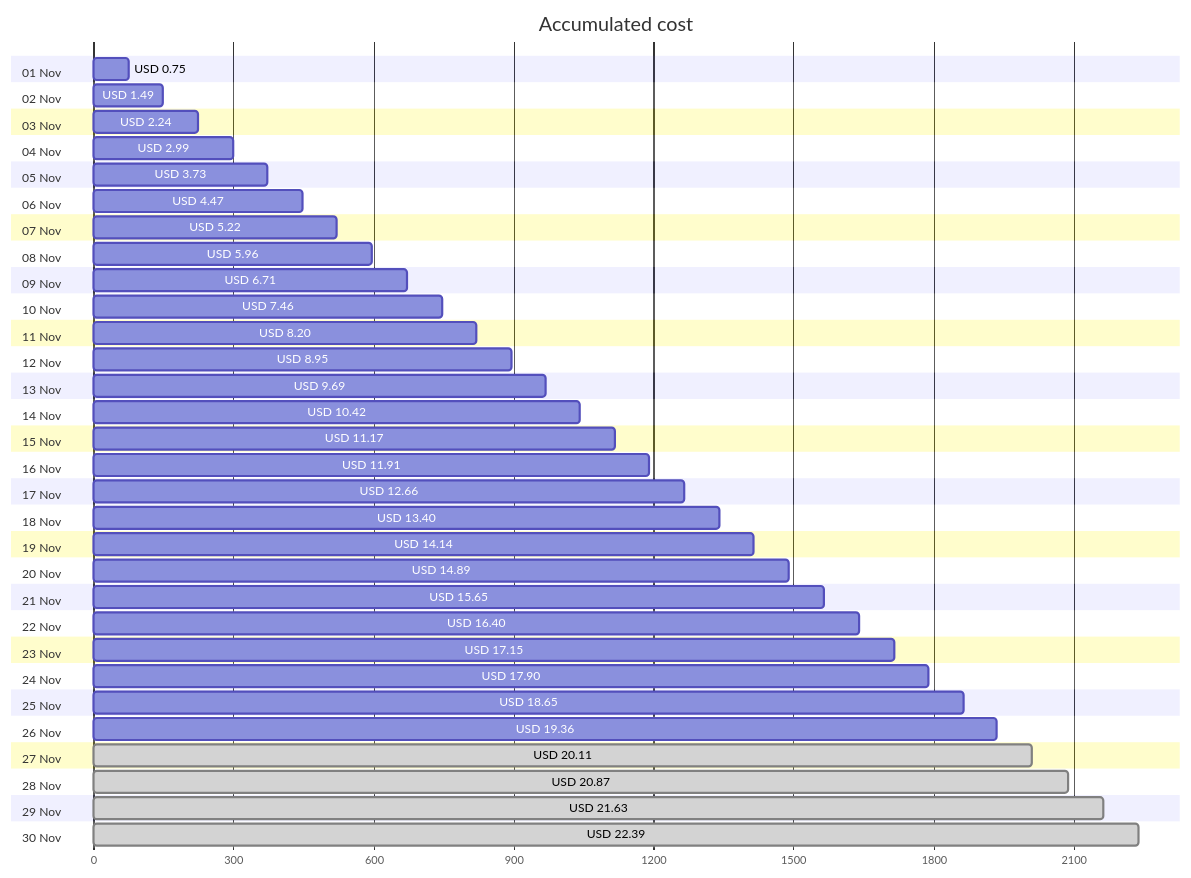
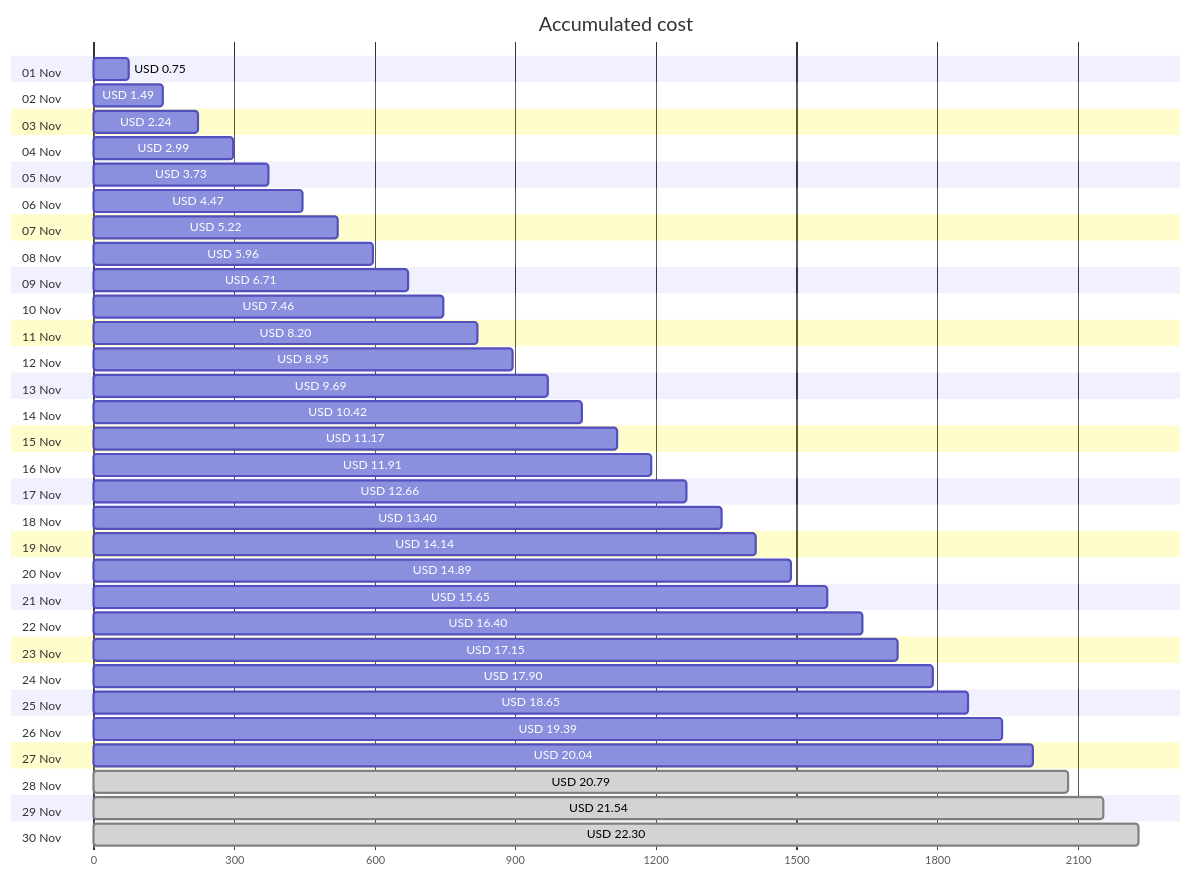
Before and after one commit to jpfulton/azure-personal-reports: the first of 4 diagrams in cost-reports/personal-network/backup-server-data-disk.md, drawn with Mermaid. The commit also changed other lines of this file and 8 other files, not shown here.

````diff
--- a/cost-reports/personal-network/backup-server-data-disk.md
+++ b/cost-reports/personal-network/backup-server-data-disk.md
@@ -20,66 +20,66 @@
 ```mermaid
 gantt
    title Accumulated cost
    dateFormat  X
    axisFormat %s
    section 01 Nov
    USD 0.75 :0, 75
    section 02 Nov
    USD 1.49 :0, 149
    section 03 Nov
    USD 2.24 :0, 224
    section 04 Nov
    USD 2.99 :0, 299
    section 05 Nov
    USD 3.73 :0, 373
    section 06 Nov
    USD 4.47 :0, 447
    section 07 Nov
    USD 5.22 :0, 522
    section 08 Nov
    USD 5.96 :0, 596
    section 09 Nov
    USD 6.71 :0, 671
    section 10 Nov
    USD 7.46 :0, 746
    section 11 Nov
    USD 8.20 :0, 820
    section 12 Nov
    USD 8.95 :0, 895
    section 13 Nov
    USD 9.69 :0, 969
    section 14 Nov
    USD 10.42 :0, 1042
    section 15 Nov
    USD 11.17 :0, 1117
    section 16 Nov
    USD 11.91 :0, 1191
    section 17 Nov
    USD 12.66 :0, 1266
    section 18 Nov
    USD 13.40 :0, 1340
    section 19 Nov
    USD 14.14 :0, 1414
    section 20 Nov
    USD 14.89 :0, 1489
    section 21 Nov
    USD 15.65 :0, 1565
    section 22 Nov
    USD 16.40 :0, 1640
    section 23 Nov
    USD 17.15 :0, 1715
    section 24 Nov
    USD 17.90 :0, 1790
    section 25 Nov
    USD 18.65 :0, 1865
    section 26 Nov
-   USD 19.36 :0, 1936
+   USD 19.39 :0, 1939
    section 27 Nov
-   USD 20.11 : done, 0, 2011
+   USD 20.04 :0, 2004
    section 28 Nov
-   USD 20.87 : done, 0, 2087
+   USD 20.79 : done, 0, 2079
    section 29 Nov
-   USD 21.63 : done, 0, 2163
+   USD 21.54 : done, 0, 2154
    section 30 Nov
-   USD 22.39 : done, 0, 2239
+   USD 22.30 : done, 0, 2230
 ```
````
